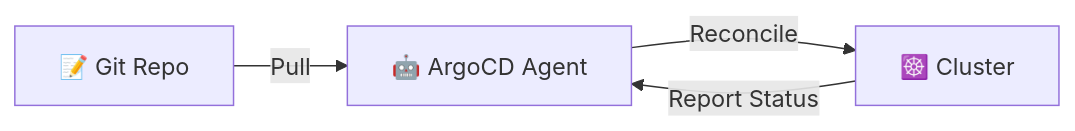
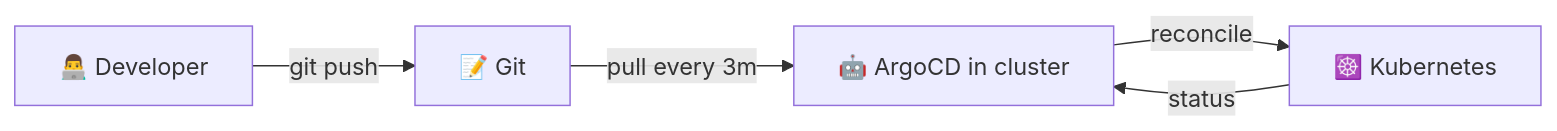
The first of 8 diagrams in lectures/lec13.md (inno-devops-labs/DevOps-Core-Course), drawn with Mermaid before and after one commit. The commit also changed other lines of this file and 24 other files, not shown here.

````diff
--- a/lectures/lec13.md
+++ b/lectures/lec13.md
@@ -199,6 +10,7 @@
 ```mermaid
 flowchart LR
-  A[📝 Git Repo] --> |Pull| B[🤖 ArgoCD Agent]
-  B --> |Reconcile| C[☸️ Cluster]
-  C --> |Report Status| B
+  Dev[👨‍💻 Developer] -->|git push| Repo[📝 Git]
+  Repo -->|pull every 3m| Argo[🤖 ArgoCD in cluster]
+  Argo -->|reconcile| K8s[☸️ Kubernetes]
+  K8s -->|status| Argo
 ```
````
